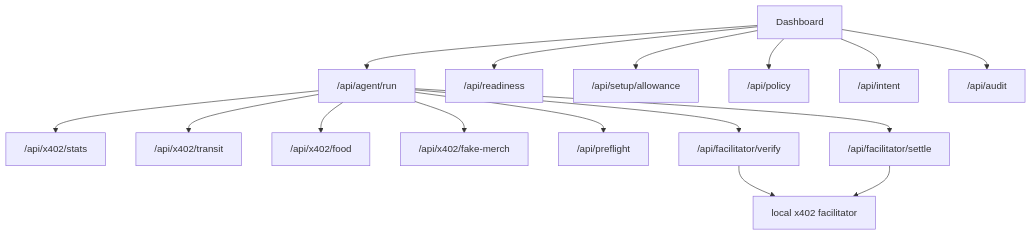
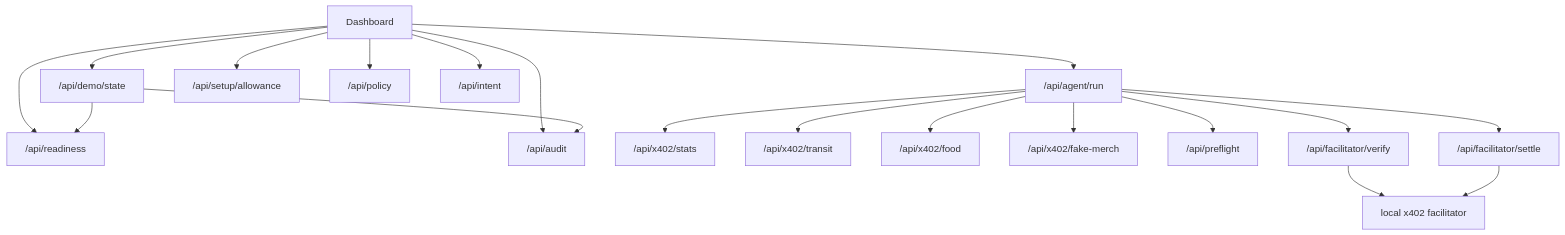
The tenth of 10 diagrams in architecture.md (Marcussy34/SAFE), drawn with Mermaid before and after one commit. The commit also changed other lines of this file and 5 other files, not shown here.

Commit message:
Show live SAFE demo state in dashboard

````diff
--- a/architecture.md
+++ b/architecture.md
@@ -313,19 +328,22 @@
 ```mermaid
 flowchart TB
   Dashboard[Dashboard] --> AgentRun["/api/agent/run"]
+  Dashboard --> DemoState["/api/demo/state"]
   Dashboard --> Readiness["/api/readiness"]
   Dashboard --> Setup["/api/setup/allowance"]
   Dashboard --> Policy["/api/policy"]
   Dashboard --> Intent["/api/intent"]
   Dashboard --> Audit["/api/audit"]
 
+  DemoState --> Readiness
+  DemoState --> Audit
   AgentRun --> Stats["/api/x402/stats"]
   AgentRun --> Transit["/api/x402/transit"]
   AgentRun --> Food["/api/x402/food"]
   AgentRun --> Fake["/api/x402/fake-merch"]
   AgentRun --> Preflight["/api/preflight"]
   AgentRun --> Verify["/api/facilitator/verify"]
   AgentRun --> Settle["/api/facilitator/settle"]
   Verify --> LocalFacilitator["local x402 facilitator"]
   Settle --> LocalFacilitator
 ```
````
